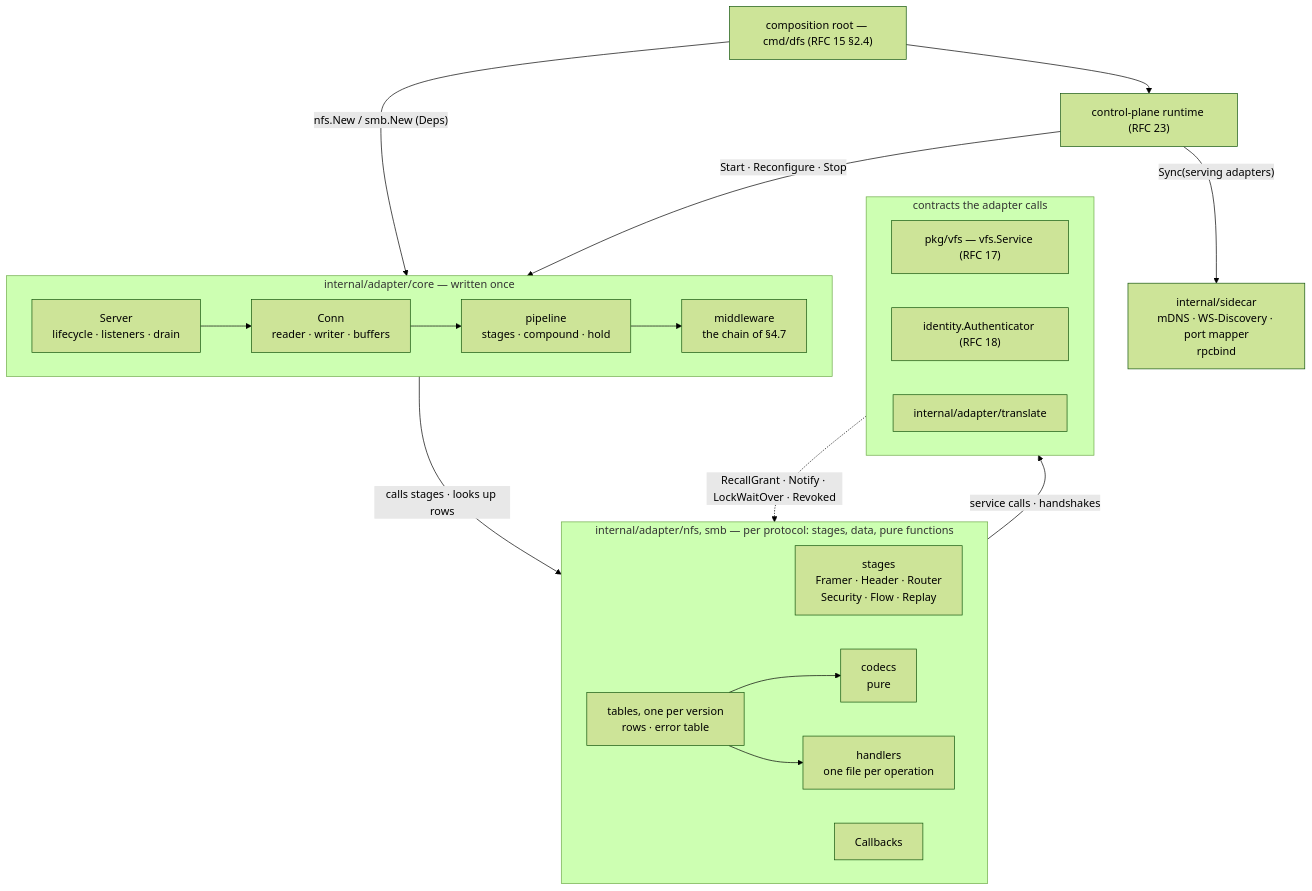
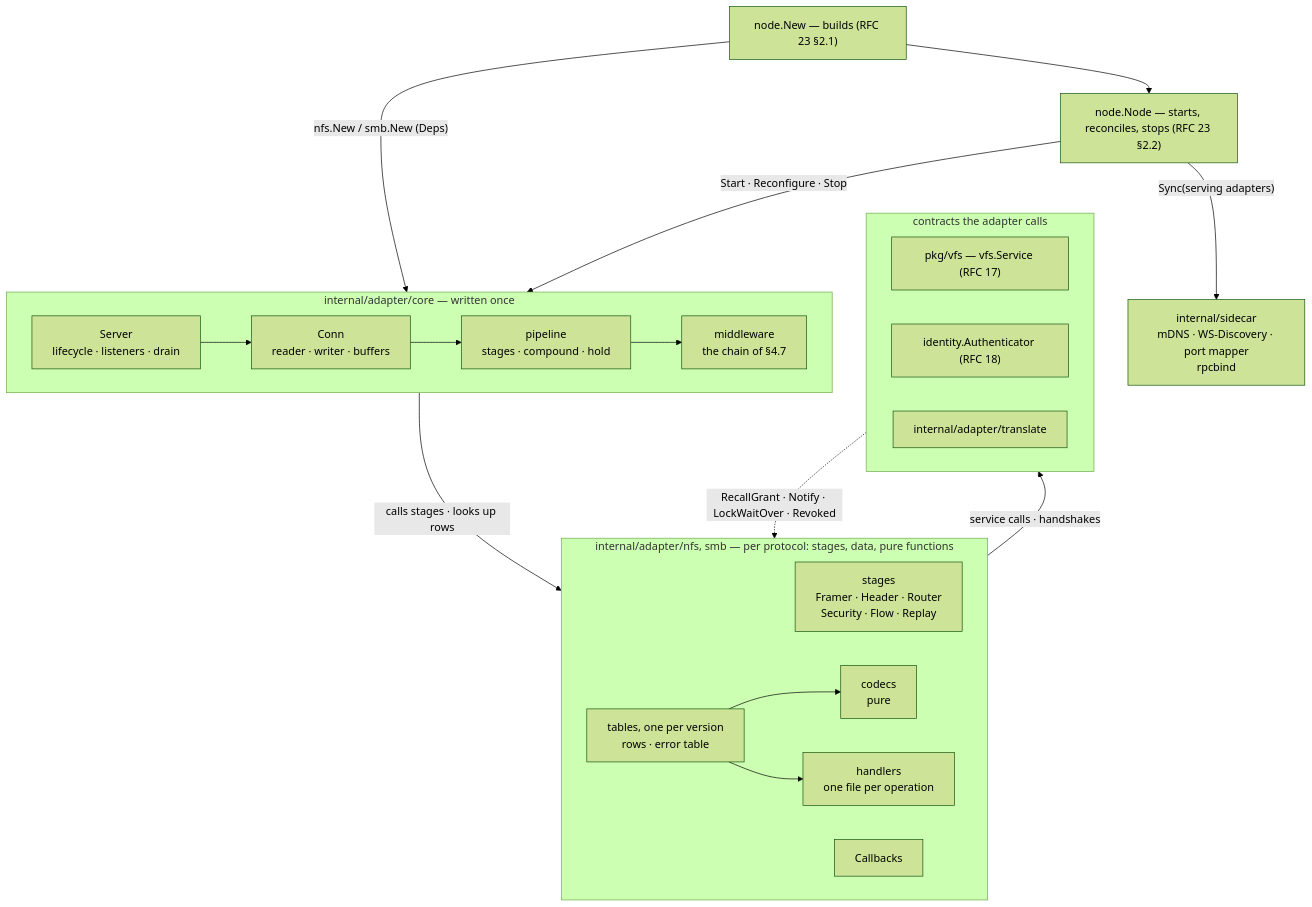
One commit to esignoretti/dittofs changed the first of 3 diagrams in docs/internals/rfcs/rfc-20-adapters.md. Above: the diagram before and after it, drawn with Mermaid (forest theme). The commit also changed other lines of this file, not shown here.

Commit message:
docs(rfc-20): the node builds and drives adapters, package node

````diff
--- a/docs/internals/rfcs/rfc-20-adapters.md
+++ b/docs/internals/rfcs/rfc-20-adapters.md
@@ -393,36 +393,36 @@
 ```mermaid
 flowchart TB
-  root["composition root — cmd/dfs (RFC 15 §2.4)"]
-  cp["control-plane runtime (RFC 23)"]
+  root["node.New — builds (RFC 23 §2.1)"]
+  cp["node.Node — starts, reconciles, stops (RFC 23 §2.2)"]
   subgraph core["internal/adapter/core — written once"]
     direction LR
     srv["Server<br/>lifecycle · listeners · drain"]
     conn["Conn<br/>reader · writer · buffers"]
     pipe["pipeline<br/>stages · compound · hold"]
     mw["middleware<br/>the chain of §4.7"]
     srv --> conn --> pipe --> mw
   end
   subgraph proto["internal/adapter/nfs, smb — per protocol: stages, data, pure functions"]
     direction LR
     parts["stages<br/>Framer · Header · Router<br/>Security · Flow · Replay"]
     tables["tables, one per version<br/>rows · error table"]
     handlers["handlers<br/>one file per operation"]
     codecs["codecs<br/>pure"]
     cbs["Callbacks"]
     tables --> codecs & handlers
   end
   subgraph below["contracts the adapter calls"]
     direction LR
     svc["pkg/vfs — vfs.Service (RFC 17)"]
     auth["identity.Authenticator (RFC 18)"]
     translate["internal/adapter/translate"]
   end
   root -- "nfs.New / smb.New (Deps)" --> core
   root --> cp
   cp -- "Start · Reconfigure · Stop" --> core
   side["internal/sidecar<br/>mDNS · WS-Discovery · port mapper<br/>rpcbind"]
   cp -- "Sync(serving adapters)" --> side
   core -- "calls stages · looks up rows" --> proto
   proto -- "service calls · handshakes" --> below
   svc -. "RecallGrant · Notify · LockWaitOver · Revoked" .-> cbs
 ```
````
